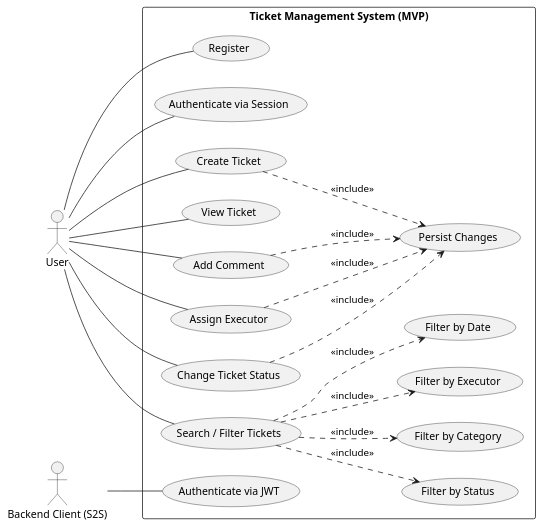
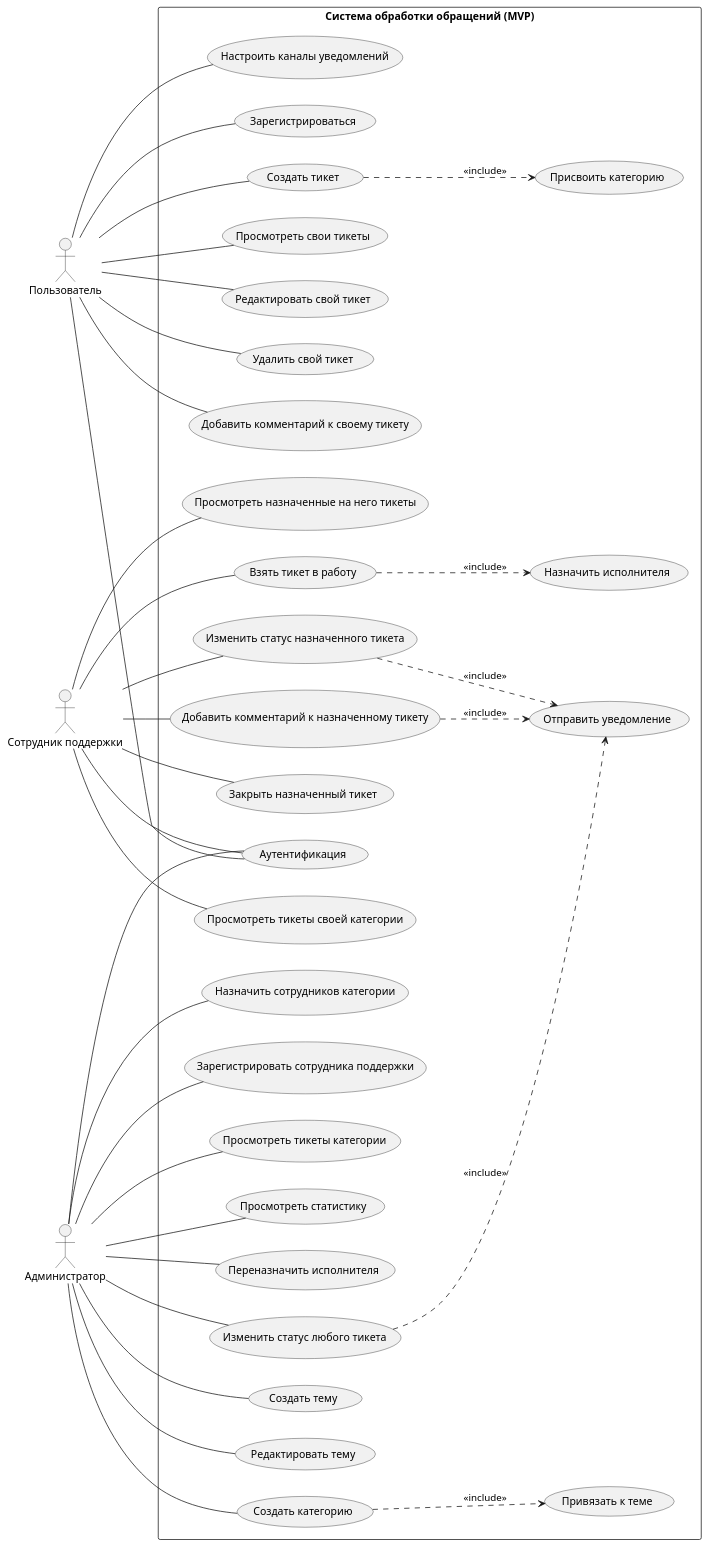
One commit to Development-Team-4/Documentation changed the diagram in TicketManagementSystem-mvp.puml. Above: the diagram before and after it, drawn with PlantUML. The commit also changed 1 other file, not shown here.

Commit message:
New version of use cases diagram

```diff
--- a/TicketManagementSystem-mvp.puml
+++ b/TicketManagementSystem-mvp.puml
@@ -1,34 +1,47 @@
 @startuml
 left to right direction
 
-actor User
-actor "Backend Client (S2S)" as S2S
+actor "Пользователь" as User
+actor "Сотрудник поддержки" as Support
+actor "Администратор" as Admin
 
-rectangle "Ticket Management System (MVP)" {
+rectangle "Система обработки обращений (MVP)" {
 
-  User -- (Register)
-  User -- (Authenticate via Session)
+  User -- (Зарегистрироваться)
+  User -- (Аутентификация)
+  User -- (Создать тикет)
+  User -- (Просмотреть свои тикеты)
+  User -- (Редактировать свой тикет)
+  User -- (Удалить свой тикет)
+  User -- (Добавить комментарий к своему тикету)
+  User -- (Настроить каналы уведомлений)
 
-  S2S -- (Authenticate via JWT)
+  Support -- (Аутентификация)
+  Support -- (Просмотреть тикеты своей категории)
+  Support -- (Просмотреть назначенные на него тикеты)
+  Support -- (Взять тикет в работу)
+  Support -- (Изменить статус назначенного тикета)
+  Support -- (Добавить комментарий к назначенному тикету)
+  Support -- (Закрыть назначенный тикет)
 
-  User -- (Create Ticket)
-  User -- (View Ticket)
-  User -- (Add Comment)
+  Admin -- (Аутентификация)
+  Admin -- (Создать тему)
+  Admin -- (Редактировать тему)
+  Admin -- (Создать категорию)
+  Admin -- (Назначить сотрудников категории)
+  Admin -- (Зарегистрировать сотрудника поддержки)
+  Admin -- (Просмотреть тикеты категории)
+  Admin -- (Просмотреть статистику)
+  Admin -- (Переназначить исполнителя)
+  Admin -- (Изменить статус любого тикета)
 
-  User -- (Assign Executor)
-  User -- (Change Ticket Status)
+  (Создать тикет) ..> (Присвоить категорию) : <<include>>
+  (Создать категорию) ..> (Привязать к теме) : <<include>>
 
-  User -- (Search / Filter Tickets)
-
-  (Search / Filter Tickets) ..> (Filter by Status) : <<include>>
-  (Search / Filter Tickets) ..> (Filter by Category) : <<include>>
-  (Search / Filter Tickets) ..> (Filter by Executor) : <<include>>
-  (Search / Filter Tickets) ..> (Filter by Date) : <<include>>
-
-  (Create Ticket) ..> (Persist Changes) : <<include>>
-  (Add Comment) ..> (Persist Changes) : <<include>>
-  (Change Ticket Status) ..> (Persist Changes) : <<include>>
-  (Assign Executor) ..> (Persist Changes) : <<include>>
+  (Взять тикет в работу) ..> (Назначить исполнителя) : <<include>>
+  (Изменить статус назначенного тикета) ..> (Отправить уведомление) : <<include>>
+  (Изменить статус любого тикета) ..> (Отправить уведомление) : <<include>>
+  (Добавить комментарий к назначенному тикету) ..> (Отправить уведомление) : <<include>>
 }
 
 @enduml
```
